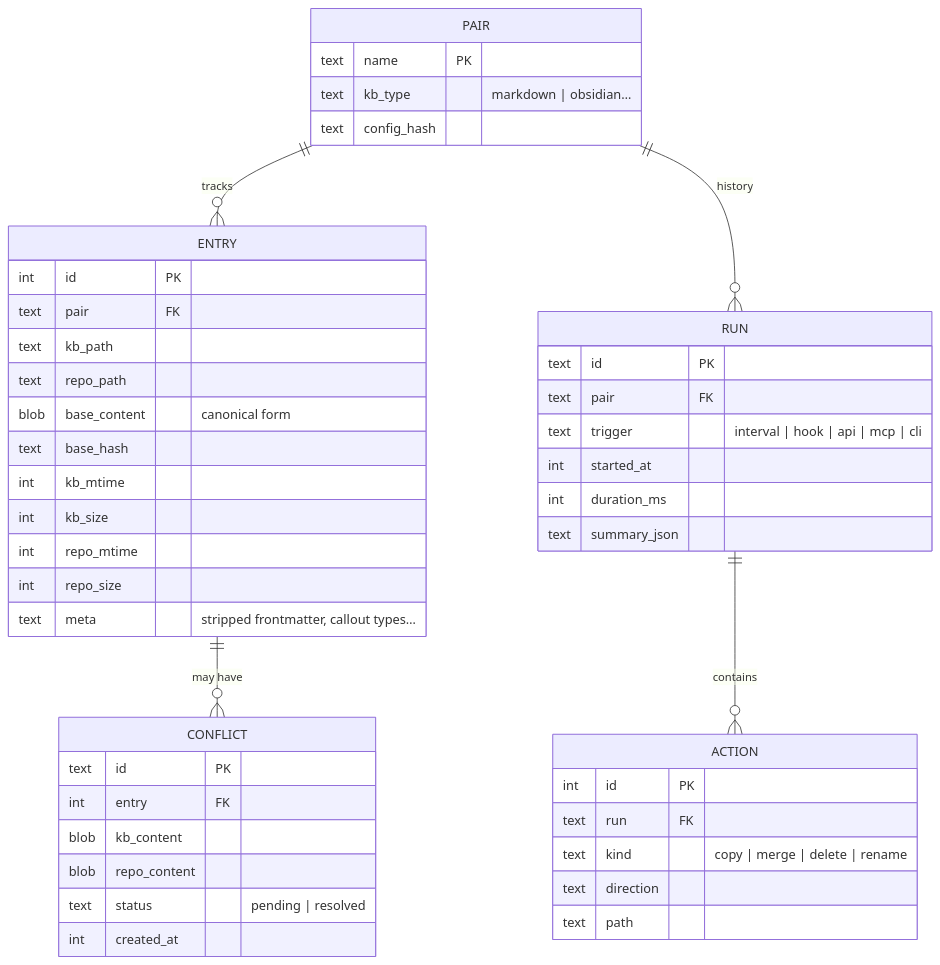
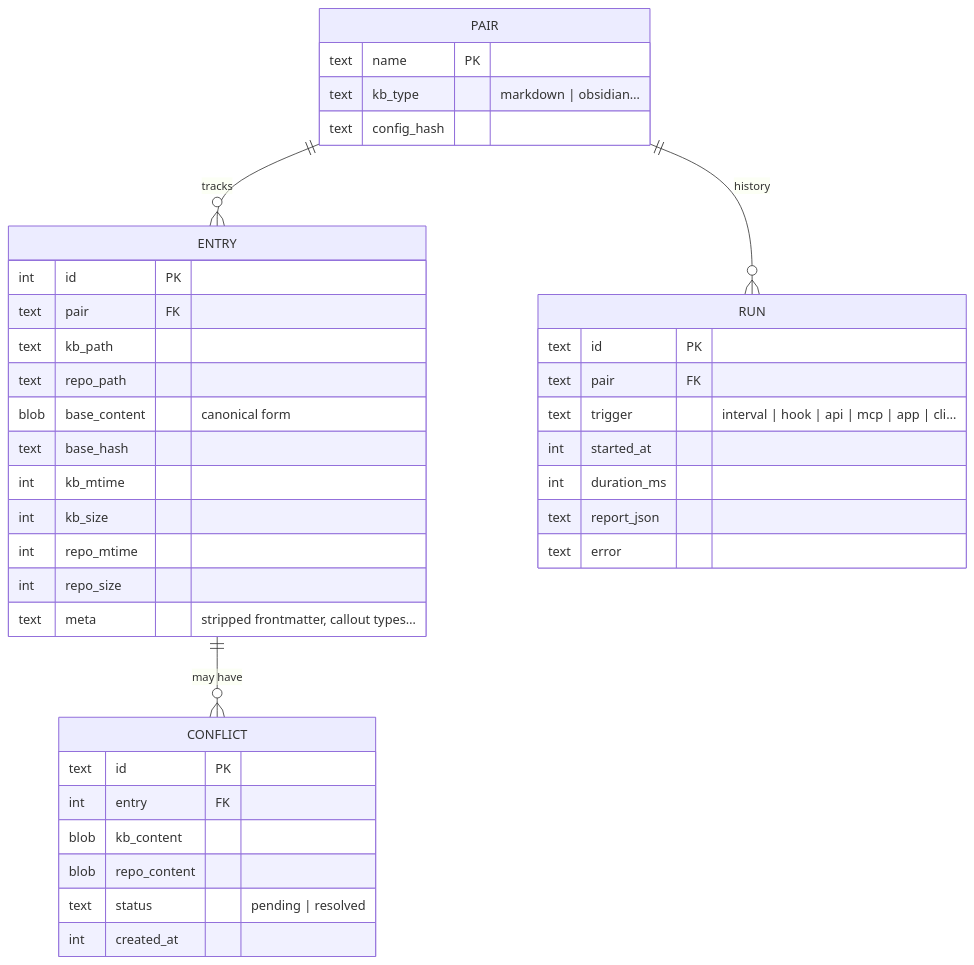
The third of 3 diagrams in documentation/en/06-configuration.md (studoo-app/markoo), drawn with Mermaid before and after one commit. The commit also changed other lines of this file and 26 other files, not shown here.

````diff
--- a/documentation/en/06-configuration.md
+++ b/documentation/en/06-configuration.md
@@ -163,49 +162,42 @@
 ```mermaid
 erDiagram
     PAIR ||--o{ ENTRY : tracks
     ENTRY ||--o{ CONFLICT : "may have"
     PAIR ||--o{ RUN : "history"
-    RUN ||--o{ ACTION : contains
 
     PAIR {
         text name PK
         text kb_type "markdown | obsidian…"
         text config_hash
     }
     ENTRY {
         int id PK
         text pair FK
         text kb_path
         text repo_path
         blob base_content "canonical form"
         text base_hash
         int kb_mtime
         int kb_size
         int repo_mtime
         int repo_size
         text meta "stripped frontmatter, callout types…"
     }
     CONFLICT {
         text id PK
         int entry FK
         blob kb_content
         blob repo_content
         text status "pending | resolved"
         int created_at
     }
     RUN {
         text id PK
         text pair FK
-        text trigger "interval | hook | api | mcp | cli"
+        text trigger "interval | hook | api | mcp | app | cli…"
         int started_at
         int duration_ms
-        text summary_json
-    }
-    ACTION {
-        int id PK
-        text run FK
-        text kind "copy | merge | delete | rename"
-        text direction
-        text path
+        text report_json
+        text error
     }
 ```
````
